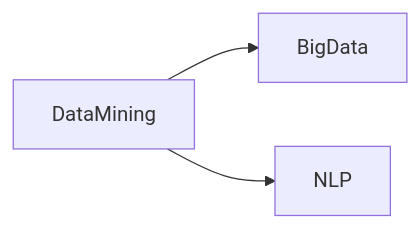
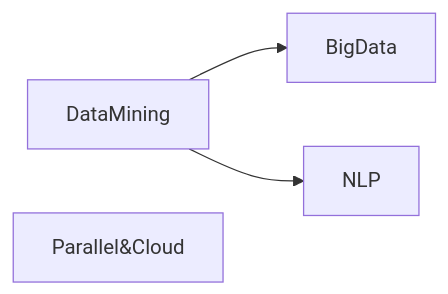
The third of 3 diagrams in README.md (BenagainB/CSDegreeInPython), drawn with Mermaid before and after one commit. The commit also changed other lines of this file, not shown here.

Commit message:
update mermaid

````diff
--- a/README.md
+++ b/README.md
@@ -67,5 +72,6 @@
 ```mermaid
 graph LR;
     DataMining-->BigData;
     DataMining-->NLP;
+    Parallel&Cloud;
 ```
````
